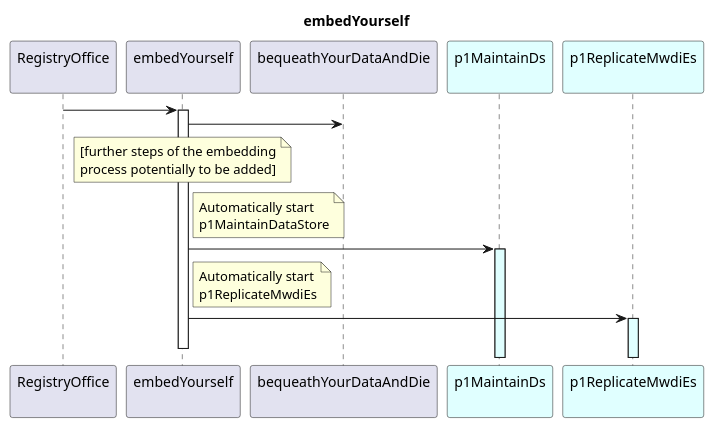
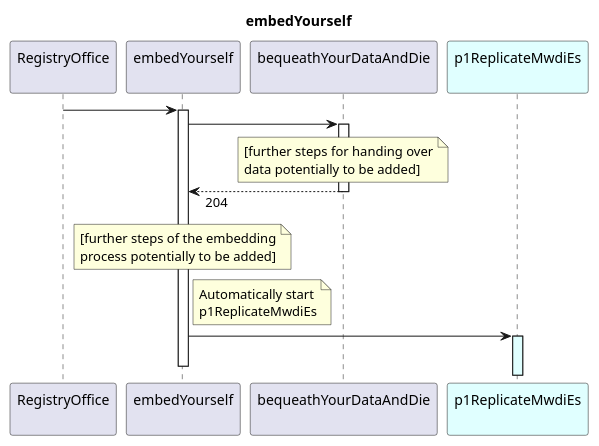
One commit to openBackhaul/DevicePerformanceManagementDataProcessor changed the diagram in spec/Services/EmbedYourself/embedYourself.plantuml. Above: the diagram before and after it, drawn with PlantUML. The commit also changed 3 other files, not shown here.

```diff
--- a/spec/Services/EmbedYourself/embedYourself.plantuml
+++ b/spec/Services/EmbedYourself/embedYourself.plantuml
@@ -1,41 +1,41 @@
 @startuml embedYourself
 skinparam responseMessageBelowArrow true
 
 title
   embedYourself
 end title
 
 participant "RegistryOffice\n" as RO
 participant "embedYourself\n" as embed
 participant "bequeathYourDataAndDie\n" as bequeath
 
-participant "p1MaintainDs\n" as p1MDS #LightCyan
 participant "p1ReplicateMwdiEs\n" as p1RMWDI #LightCyan
 
 
 RO -> embed
 activate embed
 
   embed -> bequeath
+  activate bequeath
+    note over bequeath
+      [further steps for handing over
+      data potentially to be added]
+    end note
+  embed <-- bequeath : 204
+  deactivate bequeath
+
   note over embed
     [further steps of the embedding
     process potentially to be added]
   end note
-
-  note right embed
-    Automatically start
-    p1MaintainDataStore
-  end note
-  embed -> p1MDS
-  activate p1MDS #LightCyan
 
   note right embed
     Automatically start
     p1ReplicateMwdiEs
   end note
   embed -> p1RMWDI
   activate p1RMWDI #LightCyan
 
 deactivate embed
 
 @enduml
```
